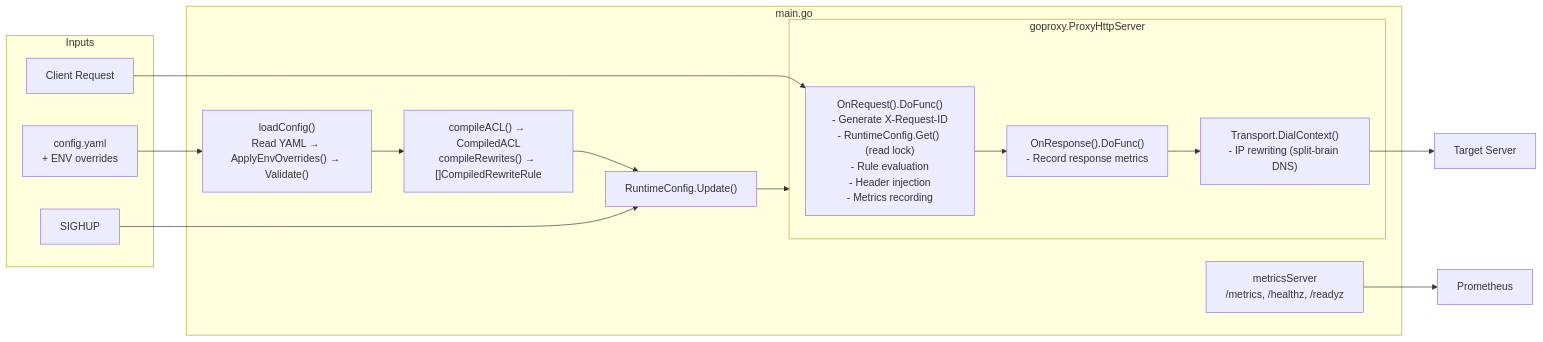
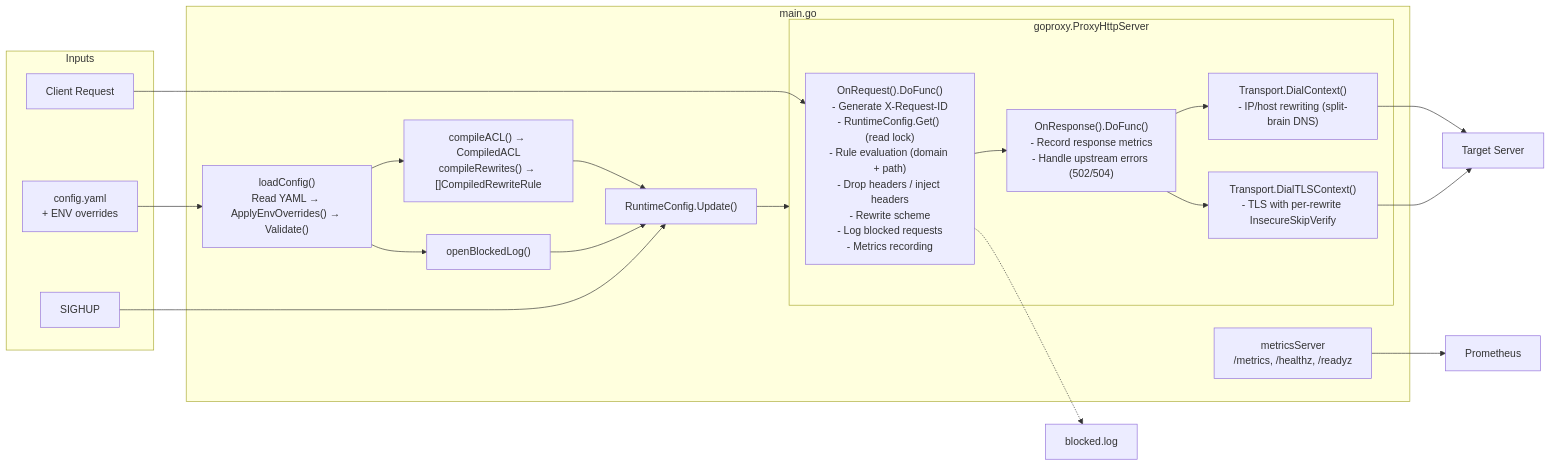
Before and after one commit to datarocks-ag/go-egress-mitm-proxy: the second of 4 diagrams in doc/architecture.md, drawn with Mermaid. The commit also changed other lines of this file and 6 other files, not shown here.

First line of the commit message:
Add target_scheme and drop_headers rewrite options, update docs

````diff
--- a/doc/architecture.md
+++ b/doc/architecture.md
@@ -163,31 +214,37 @@
 ```mermaid
 flowchart LR
     subgraph Inputs
         config["config.yaml<br/>+ ENV overrides"]
         sighup["SIGHUP"]
         client["Client Request"]
     end
 
     subgraph main.go
         load["loadConfig()<br/>Read YAML → ApplyEnvOverrides() → Validate()"]
         compile["compileACL() → CompiledACL<br/>compileRewrites() → []CompiledRewriteRule"]
+        bllog["openBlockedLog()"]
         rtcfg["RuntimeConfig.Update()"]
 
         subgraph proxy ["goproxy.ProxyHttpServer"]
-            onreq["OnRequest().DoFunc()<br/>- Generate X-Request-ID<br/>- RuntimeConfig.Get() (read lock)<br/>- Rule evaluation<br/>- Header injection<br/>- Metrics recording"]
-            onresp["OnResponse().DoFunc()<br/>- Record response metrics"]
-            dial["Transport.DialContext()<br/>- IP rewriting (split-brain DNS)"]
+            onreq["OnRequest().DoFunc()<br/>- Generate X-Request-ID<br/>- RuntimeConfig.Get() (read lock)<br/>- Rule evaluation (domain + path)<br/>- Drop headers / inject headers<br/>- Rewrite scheme<br/>- Log blocked requests<br/>- Metrics recording"]
+            onresp["OnResponse().DoFunc()<br/>- Record response metrics<br/>- Handle upstream errors (502/504)"]
+            dial["Transport.DialContext()<br/>- IP/host rewriting (split-brain DNS)"]
+            tlsdial["Transport.DialTLSContext()<br/>- TLS with per-rewrite InsecureSkipVerify"]
         end
 
         metrics["metricsServer<br/>/metrics, /healthz, /readyz"]
     end
 
     target["Target Server"]
     prom["Prometheus"]
+    blockedlog["blocked.log"]
 
     config --> load --> compile --> rtcfg
+    load --> bllog --> rtcfg
     sighup --> rtcfg
     rtcfg --> proxy
     client --> onreq --> onresp --> dial --> target
+    onresp --> tlsdial --> target
+    onreq -.-> blockedlog
     metrics --> prom
 ```
````
